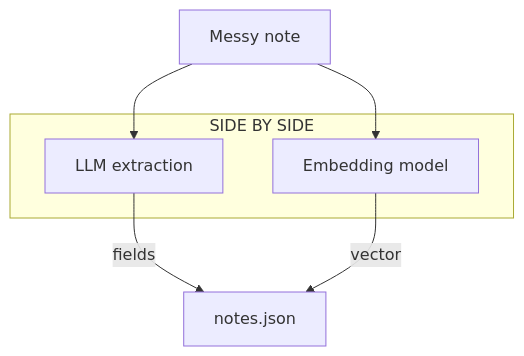
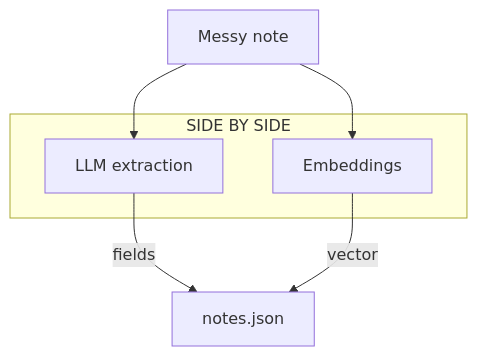
The second of 3 diagrams in docs/test.md (sabrahermassi/injury-journal-ai-agent), drawn with Mermaid before and after one commit. The commit also changed other lines of this file, not shown here.

````diff
--- a/docs/test.md
+++ b/docs/test.md
@@ -13,16 +13,16 @@
 ```mermaid
 flowchart TB
     N["Messy note"]
 
     subgraph BOTH["SIDE BY SIDE"]
         E["LLM extraction"]
-        V["Embedding model"]
+        V["Embeddings"]
     end
 
     S["notes.json"]
 
     N --> E
     N --> V
     E -->|fields| S
     V -->|vector| S
 ```
````
